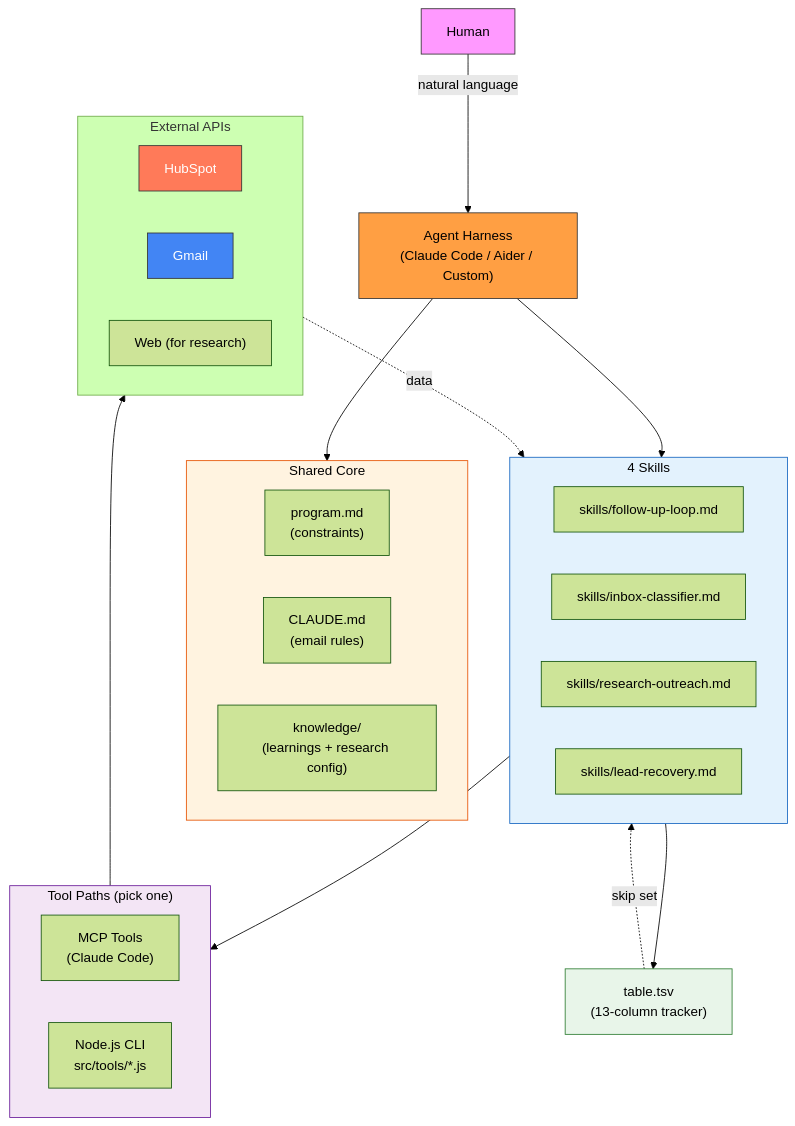
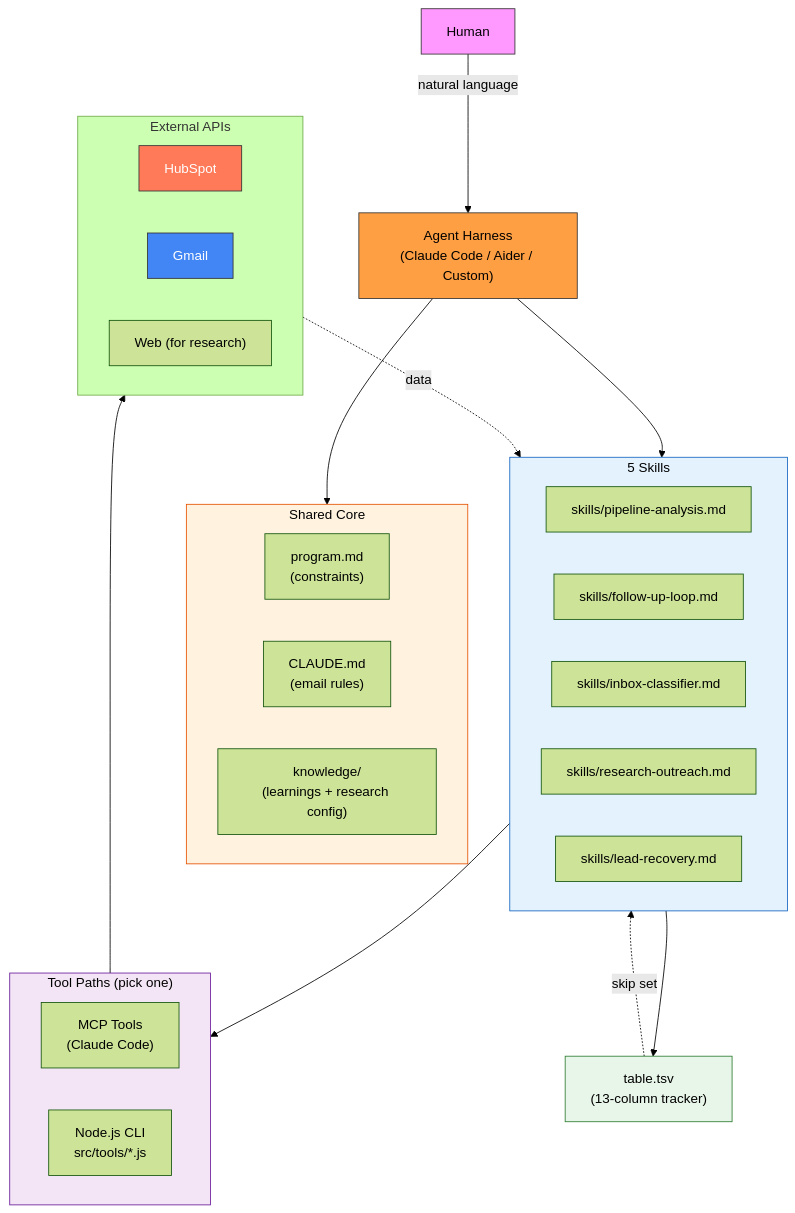
The diagram in README.md (Connormcc3/hubspot-sales-agent), drawn with Mermaid (forest theme) before and after one commit. The commit also changed other lines of this file and 7 other files, not shown here.

First line of the commit message:
v2.1: Add pipeline-analysis skill

````diff
--- a/README.md
+++ b/README.md
@@ -42,49 +43,50 @@
 ```mermaid
 flowchart TB
     Human["Human"]
     Harness["Agent Harness\n(Claude Code / Aider / Custom)"]
 
     subgraph Shared["Shared Core"]
         Program["program.md\n(constraints)"]
         CLAUDE["CLAUDE.md\n(email rules)"]
         Knowledge["knowledge/\n(learnings + research config)"]
     end
 
-    subgraph Skills["4 Skills"]
+    subgraph Skills["5 Skills"]
+        Skill0["skills/pipeline-analysis.md"]
         Skill1["skills/follow-up-loop.md"]
         Skill2["skills/inbox-classifier.md"]
         Skill3["skills/research-outreach.md"]
         Skill4["skills/lead-recovery.md"]
     end
 
     subgraph Tools["Tool Paths (pick one)"]
         MCP["MCP Tools\n(Claude Code)"]
         CLI["Node.js CLI\nsrc/tools/*.js"]
     end
 
     subgraph APIs["External APIs"]
         HubSpot["HubSpot"]
         Gmail["Gmail"]
         Web["Web (for research)"]
     end
 
     Tracker["table.tsv\n(13-column tracker)"]
 
     Human -->|natural language| Harness
     Harness --> Shared
     Harness --> Skills
     Skills --> Tools
     Tools --> APIs
     Skills --> Tracker
     APIs -.->|data| Skills
     Tracker -.->|skip set| Skills
 
     style Human fill:#f9f,stroke:#333,color:#000
     style Harness fill:#ff9f43,stroke:#333,color:#000
     style HubSpot fill:#ff7a59,stroke:#333,color:#fff
     style Gmail fill:#4285f4,stroke:#333,color:#fff
     style Tracker fill:#e8f5e9,stroke:#2e7d32,color:#000
     style Shared fill:#fff3e0,stroke:#e65100,color:#000
     style Skills fill:#e3f2fd,stroke:#1565c0,color:#000
     style Tools fill:#f3e5f5,stroke:#6a1b9a,color:#000
 ```
````
